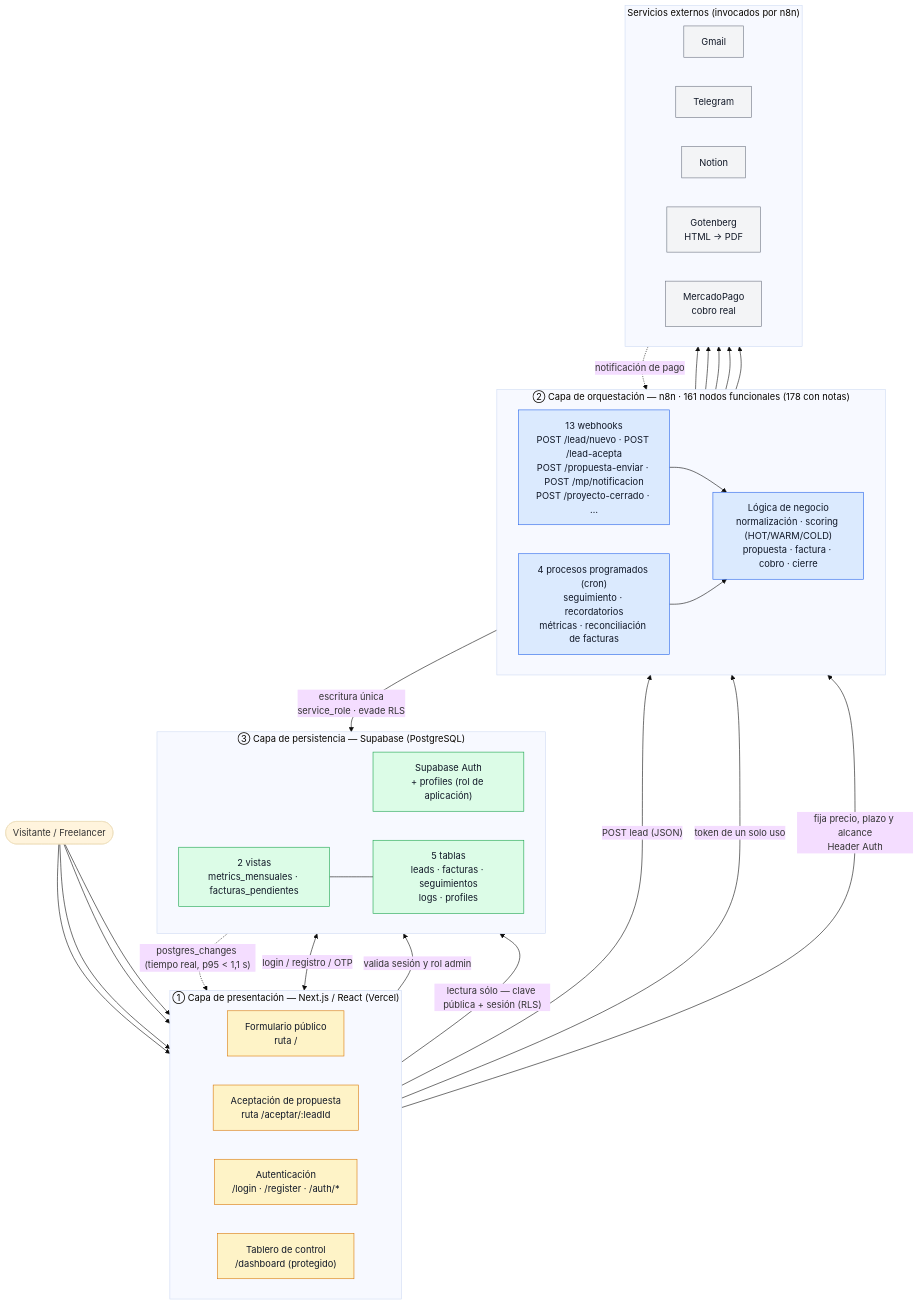
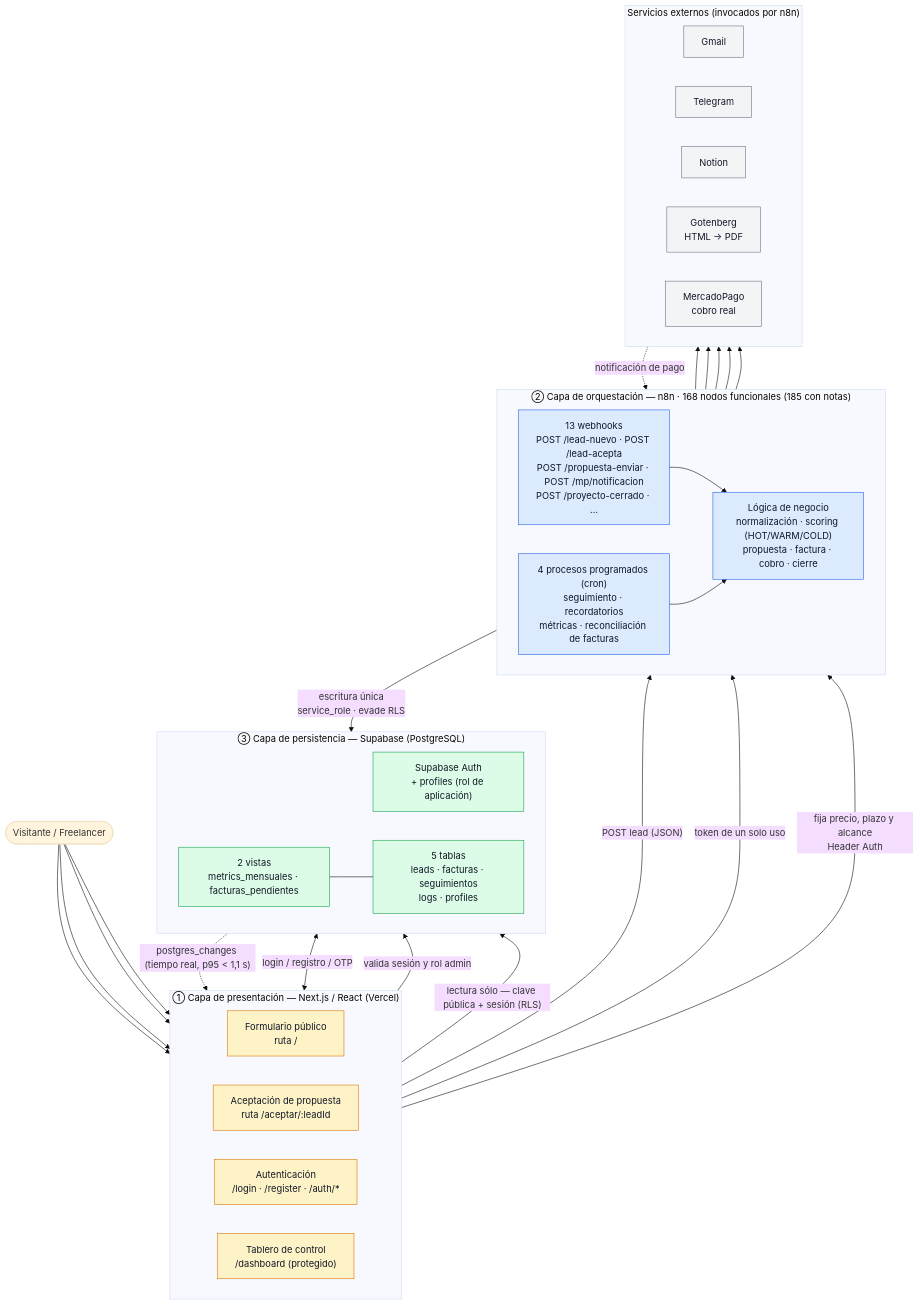
Before and after one commit to Boit-6/Tesis: the diagram in FormularioLeads/docs/figura-1-arquitectura.mmd, drawn with Mermaid (base theme). The commit also changed 14 other files, not shown here.

```diff
--- a/FormularioLeads/docs/figura-1-arquitectura.mmd
+++ b/FormularioLeads/docs/figura-1-arquitectura.mmd
@@ -1,62 +1,62 @@
 flowchart TB
 %% Figura 1 — Arquitectura en tres capas (frontend -> n8n -> Supabase)
 %% Trabajo Final: Automatización del Ciclo de Vida del Cliente para Freelancers con n8n
 %% Cifras verificadas contra workflow/crm_postgres.json y db/schema.sql (26-ago-2026).
     U(["Visitante / Freelancer"])
 
     subgraph FE["① Capa de presentación — Next.js / React (Vercel)"]
         direction LR
         F1["Formulario público<br/>ruta /"]
         F2["Aceptación de propuesta<br/>ruta /aceptar/:leadId"]
         F3["Autenticación<br/>/login · /register · /auth/*"]
         F4["Tablero de control<br/>/dashboard (protegido)"]
     end
 
-    subgraph N8N["② Capa de orquestación — n8n · 161 nodos funcionales (178 con notas)"]
+    subgraph N8N["② Capa de orquestación — n8n · 168 nodos funcionales (185 con notas)"]
         direction LR
-        WH["13 webhooks<br/>POST /lead/nuevo · POST /lead-acepta<br/>POST /propuesta-enviar · POST /mp/notificacion<br/>POST /proyecto-cerrado · …"]
+        WH["13 webhooks<br/>POST /lead-nuevo · POST /lead-acepta<br/>POST /propuesta-enviar · POST /mp/notificacion<br/>POST /proyecto-cerrado · …"]
         LG["Lógica de negocio<br/>normalización · scoring (HOT/WARM/COLD)<br/>propuesta · factura · cobro · cierre"]
         CR["4 procesos programados (cron)<br/>seguimiento · recordatorios<br/>métricas · reconciliación de facturas"]
     end
 
     subgraph DB["③ Capa de persistencia — Supabase (PostgreSQL)"]
         direction LR
         AU["Supabase Auth<br/>+ profiles (rol de aplicación)"]
         TB["5 tablas<br/>leads · facturas · seguimientos<br/>logs · profiles"]
         VW["2 vistas<br/>metrics_mensuales · facturas_pendientes"]
     end
 
     subgraph EXT["Servicios externos (invocados por n8n)"]
         direction LR
         GM["Gmail"]
         TG["Telegram"]
         NO["Notion"]
         GT["Gotenberg<br/>HTML → PDF"]
         MP["MercadoPago<br/>cobro real"]
     end
 
     U --> F1 & F2 & F3 & F4
 
     F1 -->|"POST lead (JSON)"| WH
     F2 -->|"token de un solo uso"| WH
     F4 -->|"fija precio, plazo y alcance<br/>Header Auth"| WH
     F3 <-->|"login / registro / OTP"| AU
     F4 -->|"valida sesión y rol admin"| AU
     F4 -->|"lectura sólo — clave pública + sesión (RLS)"| VW
     VW --- TB
     TB -. "postgres_changes (tiempo real, p95 &lt; 1,1 s)" .-> F4
 
     WH --> LG
     CR --> LG
     LG -->|"escritura única<br/>service_role · evade RLS"| TB
     LG --> GM & TG & NO & GT & MP
     MP -. "notificación de pago" .-> WH
 
     classDef pres fill:#fef3c7,stroke:#d97706,color:#111827;
     classDef orch fill:#dbeafe,stroke:#2563eb,color:#111827;
     classDef data fill:#dcfce7,stroke:#16a34a,color:#111827;
     classDef ext  fill:#f3f4f6,stroke:#6b7280,color:#111827;
     class F1,F2,F3,F4 pres;
     class WH,LG,CR orch;
     class AU,TB,VW data;
     class GM,TG,NO,GT,MP ext;
```
